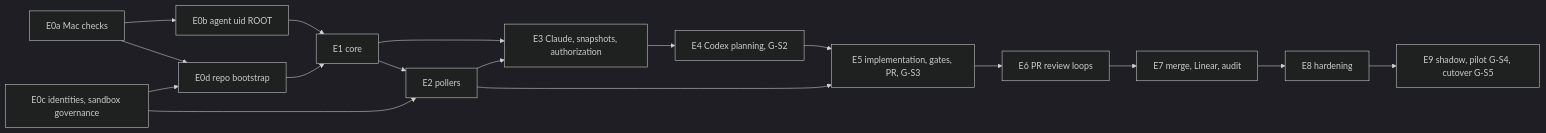
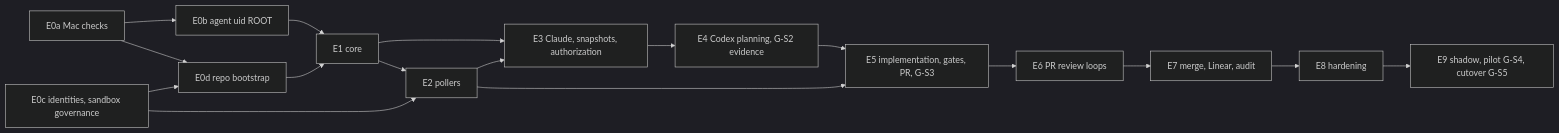
The first of 2 diagrams in docs/mercury/development-orchestration/05-dependency-and-critical-path.md (usjbro/Project-Mercury), drawn with Mermaid (dark theme) before and after one commit. The commit also changed other lines of this file and 23 other files, not shown here.

````diff
--- a/docs/mercury/development-orchestration/05-dependency-and-critical-path.md
+++ b/docs/mercury/development-orchestration/05-dependency-and-critical-path.md
@@ -25,19 +30,19 @@
 ```mermaid
 flowchart LR
   E0a["E0a Mac checks"] --> E0b["E0b agent uid ROOT"]
   E0a --> E0d["E0d repo bootstrap"]
   E0c["E0c identities, sandbox governance"] --> E0d
   E0b --> E1["E1 core"]
   E0d --> E1
   E1 --> E2["E2 pollers"]
   E0c --> E2
   E1 --> E3["E3 Claude, snapshots, authorization"]
   E2 --> E3
-  E3 --> E4["E4 Codex planning, G-S2"]
+  E3 --> E4["E4 Codex planning, G-S2 evidence"]
   E4 --> E5["E5 implementation, gates, PR, G-S3"]
   E2 --> E5
   E5 --> E6["E6 PR review loops"]
   E6 --> E7["E7 merge, Linear, audit"]
   E7 --> E8["E8 hardening"]
   E8 --> E9["E9 shadow, pilot G-S4, cutover G-S5"]
 ```
````
